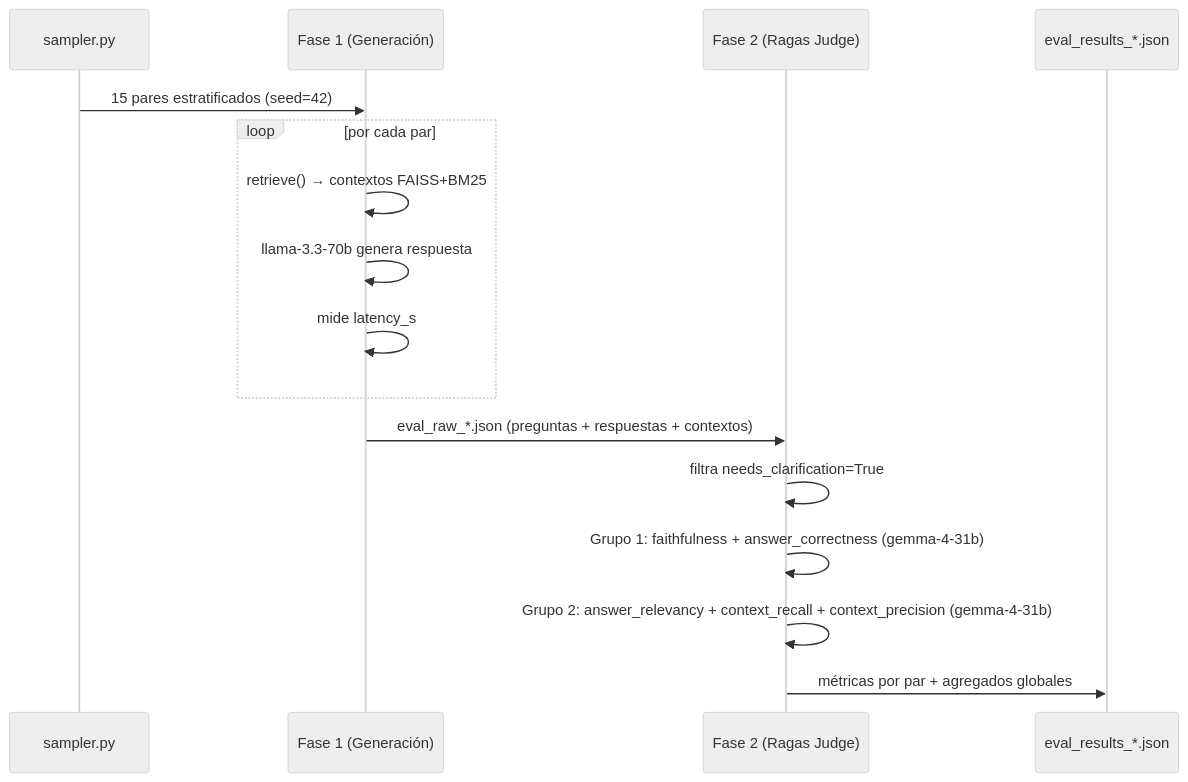
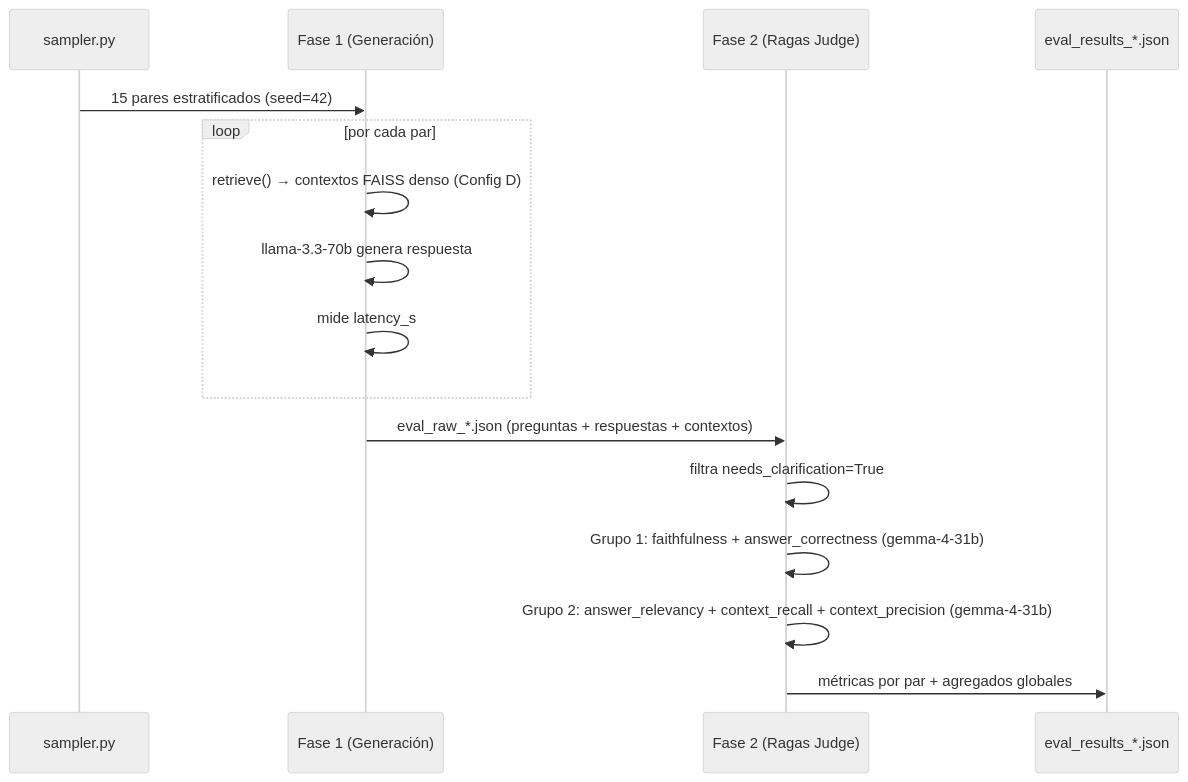
One commit to elrios893/maternas-rag changed the fourth of 9 diagrams in docs/DOCUMENTACION.md. Above: the diagram before and after it, drawn with Mermaid (neutral theme). The commit also changed other lines of this file, not shown here.

First line of the commit message:
docs: corregir limitaciones desactualizadas y saltos de linea en mermaid

````diff
--- a/docs/DOCUMENTACION.md
+++ b/docs/DOCUMENTACION.md
@@ -297,19 +449,19 @@
 ```mermaid
 sequenceDiagram
     participant S as sampler.py
     participant G as Fase 1 (Generación)
     participant E as Fase 2 (Ragas Judge)
     participant R as eval_results_*.json
 
     S->>G: 15 pares estratificados (seed=42)
     loop por cada par
-        G->>G: retrieve() → contextos FAISS+BM25
+        G->>G: retrieve() → contextos FAISS denso (Config D)
         G->>G: llama-3.3-70b genera respuesta
         G->>G: mide latency_s
     end
     G->>E: eval_raw_*.json (preguntas + respuestas + contextos)
     E->>E: filtra needs_clarification=True
     E->>E: Grupo 1: faithfulness + answer_correctness (gemma-4-31b)
     E->>E: Grupo 2: answer_relevancy + context_recall + context_precision (gemma-4-31b)
     E->>R: métricas por par + agregados globales
 ```
````
